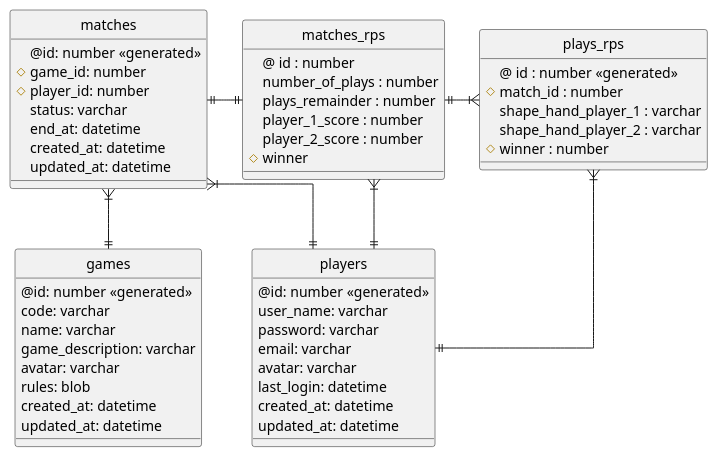
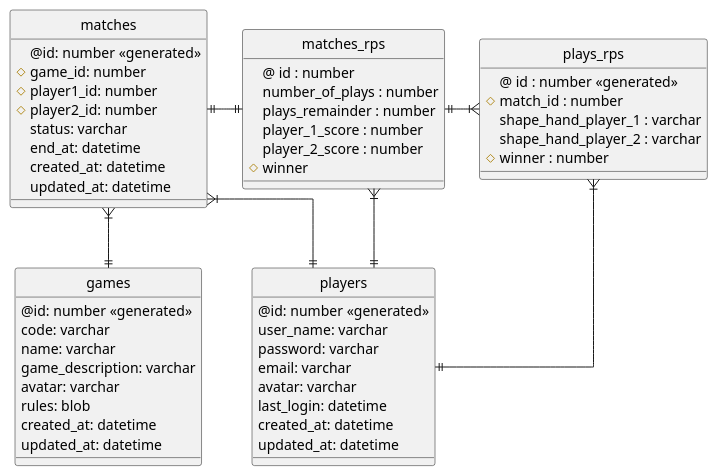
Before and after one commit to 113493-Grecco-Daniel/login_Videos_Clase: the diagram in login/docs/diagrams/model/der.puml, drawn with PlantUML. The commit also changed 18 other files, not shown here.

```diff
--- a/login/docs/diagrams/model/der.puml
+++ b/login/docs/diagrams/model/der.puml
@@ -1,64 +1,65 @@
 @startuml
 ' hide the spot
 hide circle
 
 ' avoid problems whith angled crows feet
 skinparam linetype ortho
 
 entity "players"{
 @id: number <<generated>>
 user_name: varchar
 password: varchar
 email: varchar
 avatar: varchar
 last_login: datetime
 created_at: datetime
 updated_at: datetime
 }
 
 entity "games"{
 @id: number <<generated>>
 code: varchar
 name: varchar
 game_description: varchar
 avatar: varchar
 rules: blob
 created_at: datetime
 updated_at: datetime
 }
 
 entity "matches"{
 @id: number <<generated>>
 # game_id: number
-# player_id: number
+# player1_id: number
+# player2_id: number
 status: varchar
 end_at: datetime
 created_at: datetime
 updated_at: datetime
 }
 
 entity "matches_rps"{
   @ id : number
   number_of_plays : number
   plays_remainder : number
   player_1_score : number
   player_2_score : number
   # winner
 }
 
 entity "plays_rps"{
 @ id : number <<generated>>
  # match_id : number
  shape_hand_player_1 : varchar
  shape_hand_player_2 : varchar
  # winner : number
 }
 
 matches  }|--|| players
 matches }|--|| games
 matches ||-|| matches_rps
 matches_rps ||-|{ plays_rps
 matches_rps }|--|| players
 plays_rps }|--|| players
 
 @enduml
```
